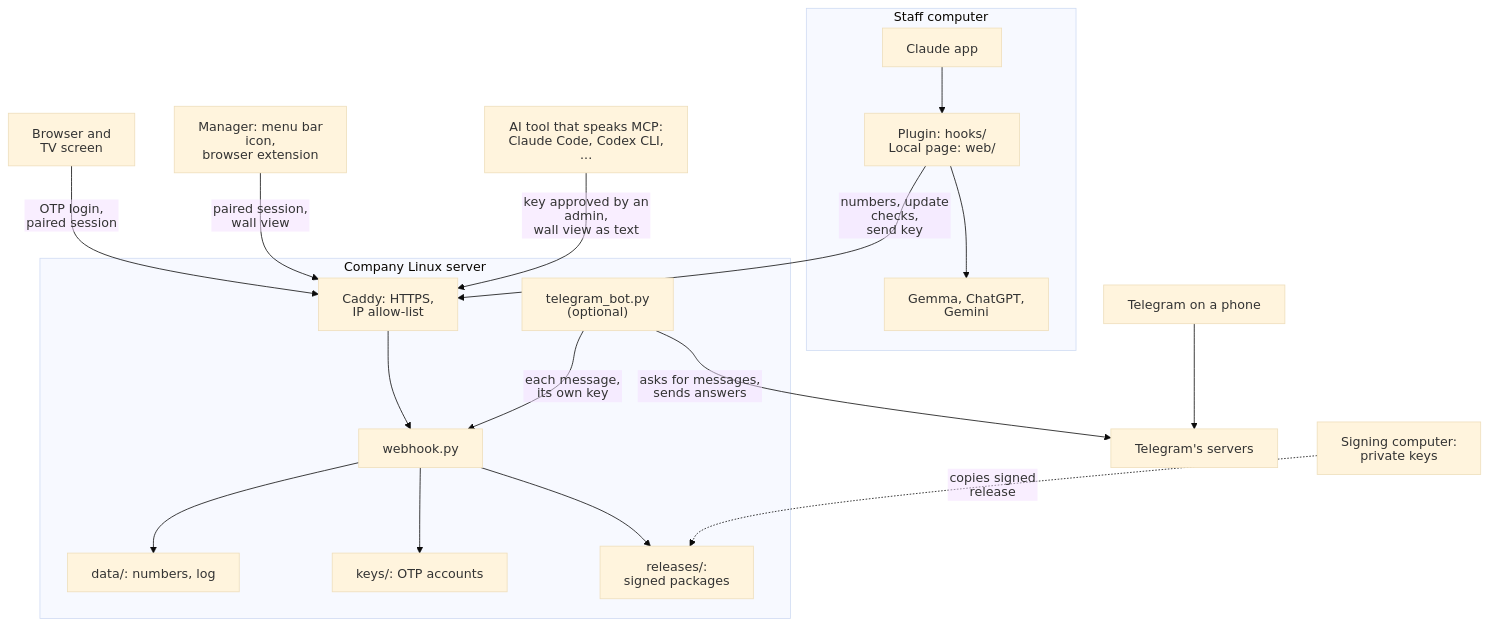
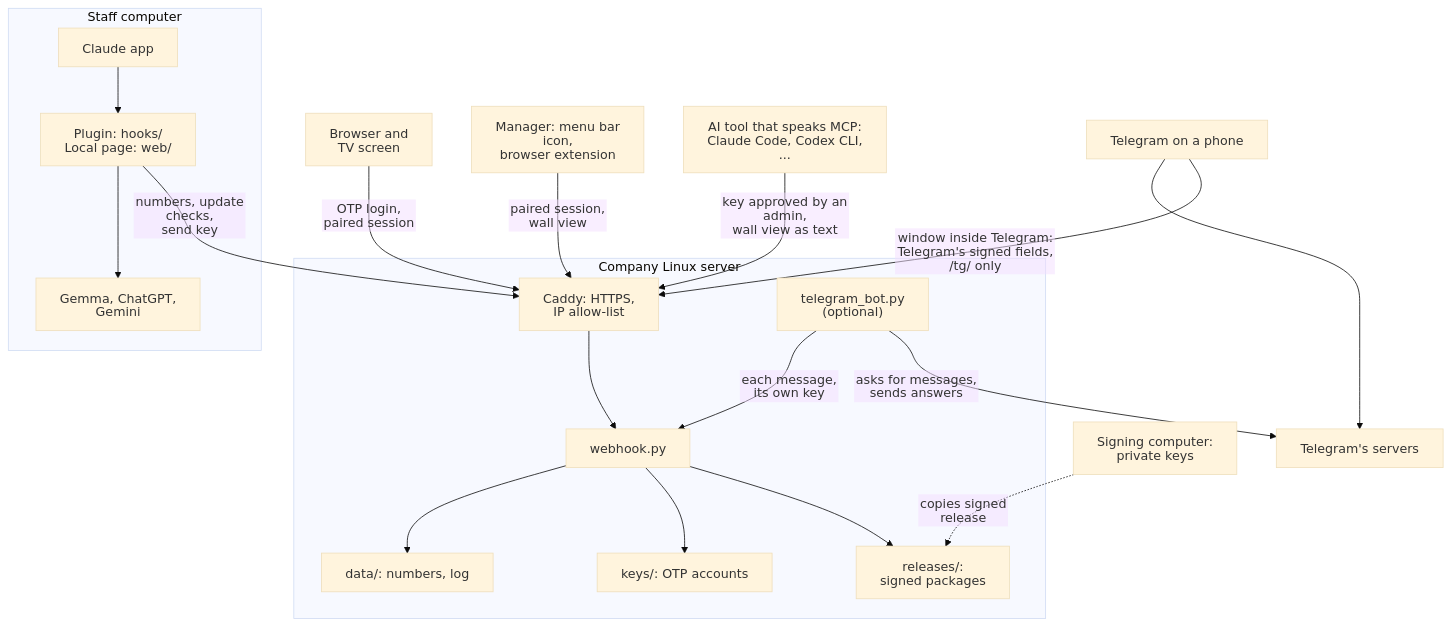
The first of 12 diagrams in docs/ARCHITECTURE.md (anhle9x/ai-worker), drawn with Mermaid (base theme) before and after one commit. The commit also changed other lines of this file and 33 other files, not shown here.

````diff
--- a/docs/ARCHITECTURE.md
+++ b/docs/ARCHITECTURE.md
@@ -87,28 +92,29 @@
 ```mermaid
 %%{init: {"htmlLabels": false, "flowchart": {"htmlLabels": false}}}%%
 flowchart TD
   subgraph PC["Staff computer"]
     App["Claude app"] --> Plugin["Plugin: hooks/<br/>Local page: web/"]
     Plugin --> Helpers["Gemma, ChatGPT,<br/>Gemini"]
   end
   Browser["Browser and<br/>TV screen"]
   Mgr["Manager: menu bar icon,<br/>browser extension"]
   Tool["AI tool that speaks MCP:<br/>Claude Code, Codex CLI, ..."]
   Phone["Telegram on a phone"]
   TG["Telegram's servers"]
   IT["Signing computer:<br/>private keys"]
   subgraph Server["Company Linux server"]
     Proxy["Caddy: HTTPS,<br/>IP allow-list"] --> Hook["webhook.py"]
     Hook --> Data["data/: numbers, log"]
     Hook --> Keys["keys/: OTP accounts"]
     Hook --> Releases["releases/:<br/>signed packages"]
     Bot["telegram_bot.py<br/>(optional)"] -- "each message,<br/>its own key" --> Hook
   end
   Plugin -- "numbers, update checks,<br/>send key" --> Proxy
   Browser -- "OTP login,<br/>paired session" --> Proxy
   Mgr -- "paired session,<br/>wall view" --> Proxy
   Tool -- "key approved by an admin,<br/>wall view as text" --> Proxy
   Phone --> TG
+  Phone -- "window inside Telegram:<br/>Telegram's signed fields, /tg/ only" --> Proxy
   Bot -- "asks for messages,<br/>sends answers" --> TG
   IT -. "copies signed<br/>release" .-> Releases
 ```
````
